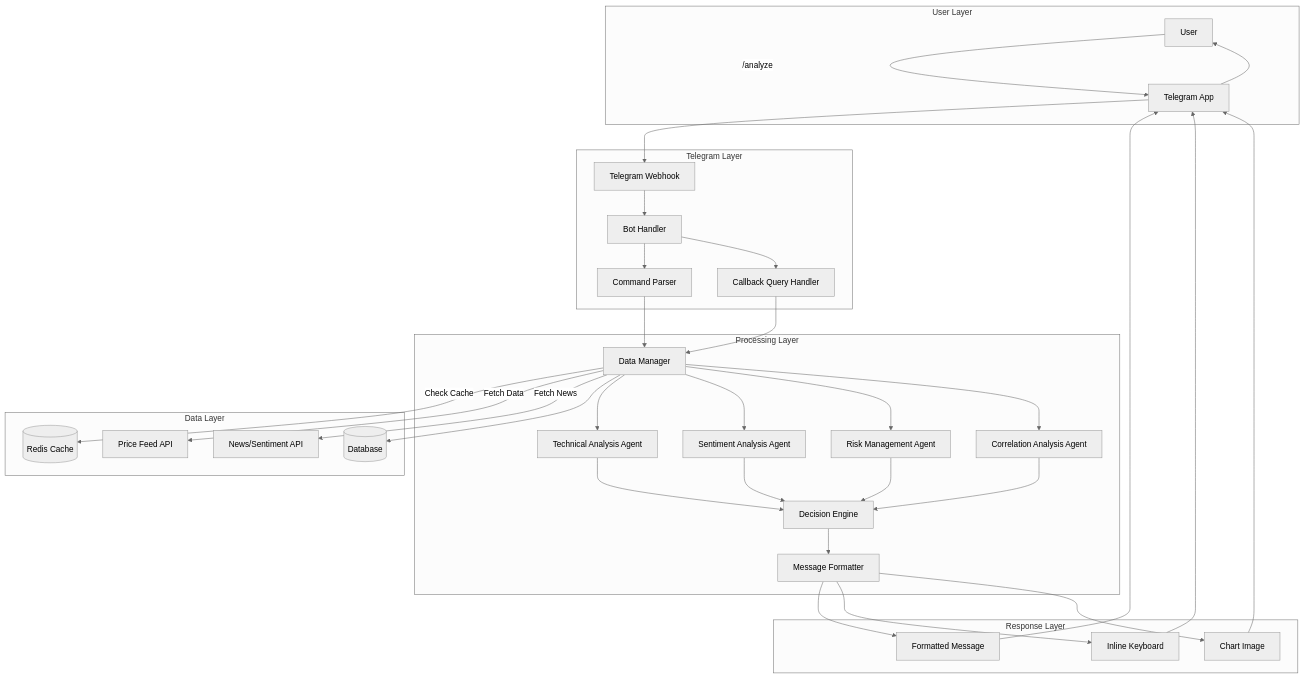
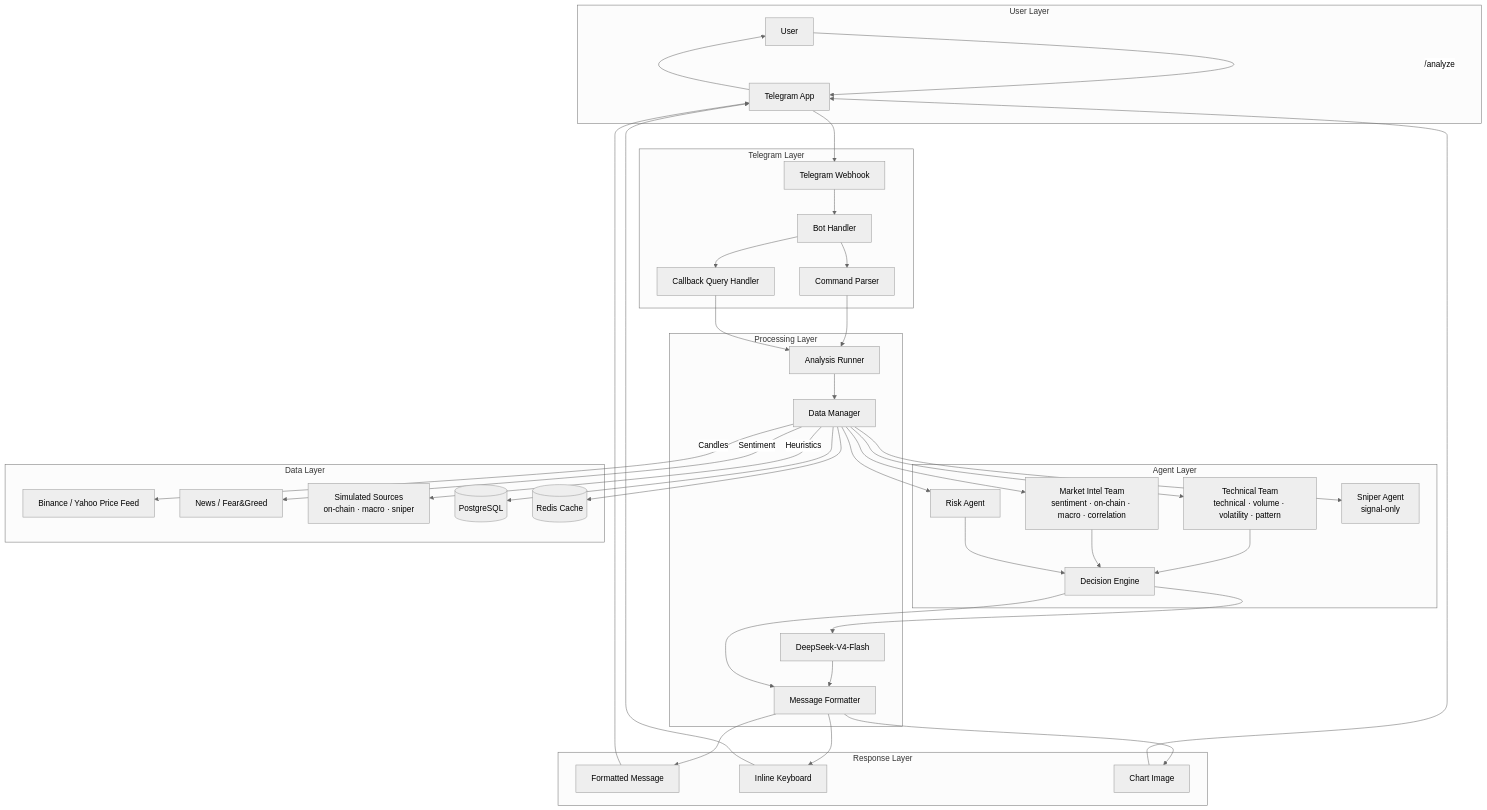
Before and after one commit to Sultanrayan/pkay-ai-analysis: the first of 4 diagrams in README.md, drawn with Mermaid (neutral theme). The commit also changed other lines of this file and 2 other files, not shown here.

````diff
--- a/README.md
+++ b/README.md
@@ -31,72 +48,79 @@
 ```mermaid
 graph TB
     subgraph "User Layer"
         U[User]
         TG[Telegram App]
     end
-    
+
     subgraph "Telegram Layer"
         WEBHOOK[Telegram Webhook]
         BOT[Bot Handler]
         CMD[Command Parser]
         CALLBACK[Callback Query Handler]
     end
-    
+
     subgraph "Processing Layer"
         DM[Data Manager]
-        TA[Technical Analysis Agent]
-        SA[Sentiment Analysis Agent]
-        RM[Risk Management Agent]
-        CA[Correlation Analysis Agent]
-        DE[Decision Engine]
+        ORCH[Analysis Runner]
+        LLM[DeepSeek-V4-Flash]
         FORM[Message Formatter]
     end
-    
+
+    subgraph "Agent Layer"
+        TA[Technical Team<br/>technical · volume · volatility · pattern]
+        MI[Market Intel Team<br/>sentiment · on-chain · macro · correlation]
+        RM[Risk Agent]
+        SN[Sniper Agent<br/>signal-only]
+        DE[Decision Engine]
+    end
+
     subgraph "Data Layer"
-        PF[Price Feed API]
-        NF[News/Sentiment API]
-        DB[(Database)]
+        PF[Binance / Yahoo Price Feed]
+        NF[News / Fear&Greed]
+        SIM[Simulated Sources<br/>on-chain · macro · sniper]
+        DB[(PostgreSQL)]
         CACHE[(Redis Cache)]
     end
-    
+
     subgraph "Response Layer"
         MSG[Formatted Message]
         KEYBOARD[Inline Keyboard]
         IMG[Chart Image]
     end
-    
+
     U -->|"/analyze"| TG
     TG --> WEBHOOK
     WEBHOOK --> BOT
     BOT --> CMD
     BOT --> CALLBACK
-    
-    CMD --> DM
-    CALLBACK --> DM
-    
-    DM -->|Check Cache| CACHE
-    DM -->|Fetch Data| PF
-    DM -->|Fetch News| NF
+
+    CMD --> ORCH
+    CALLBACK --> ORCH
+    ORCH --> DM
+
+    DM -->|Candles| PF
+    DM -->|Sentiment| NF
+    DM -->|Heuristics| SIM
     DM --> DB
-    
+    DM --> CACHE
+
     DM --> TA
-    DM --> SA
+    DM --> MI
     DM --> RM
-    DM --> CA
-    
+    DM --> SN
+
     TA --> DE
-    SA --> DE
+    MI --> DE
     RM --> DE
-    CA --> DE
-    
+    DE --> LLM
+    LLM --> FORM
     DE --> FORM
     FORM --> MSG
     FORM --> KEYBOARD
     FORM --> IMG
-    
+
     MSG --> TG
     KEYBOARD --> TG
     IMG --> TG
-    
     TG --> U
 ```
````
